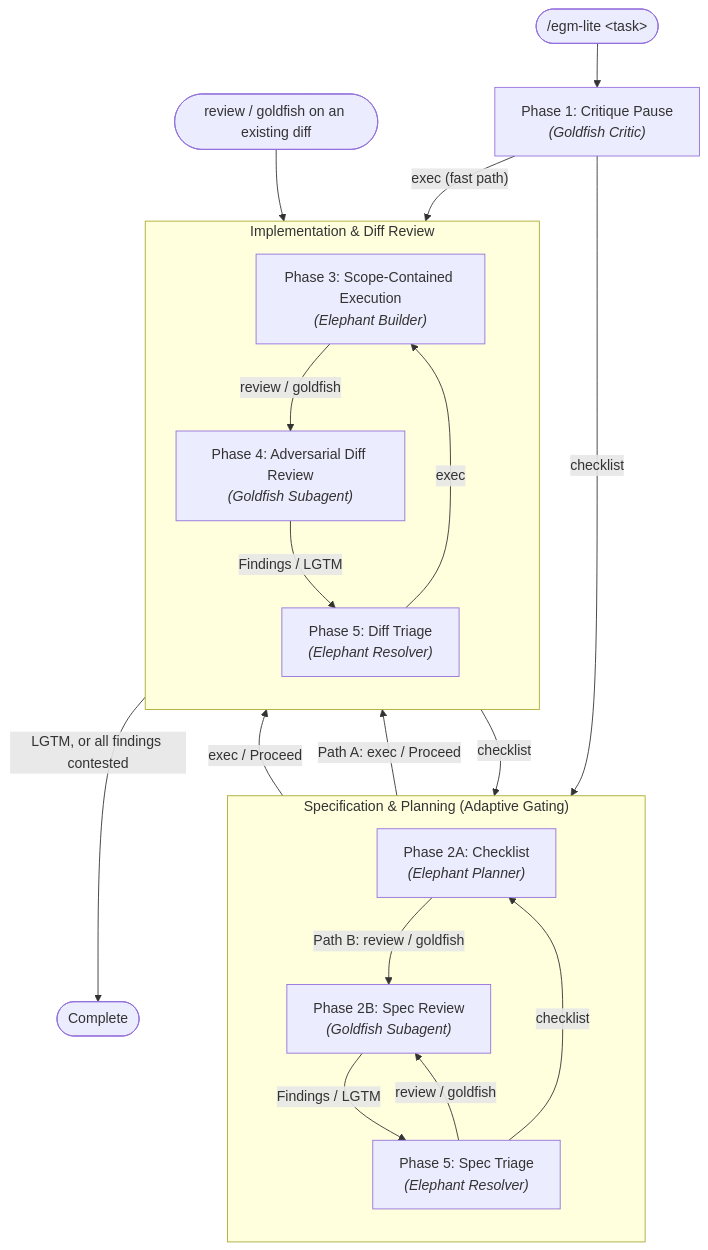
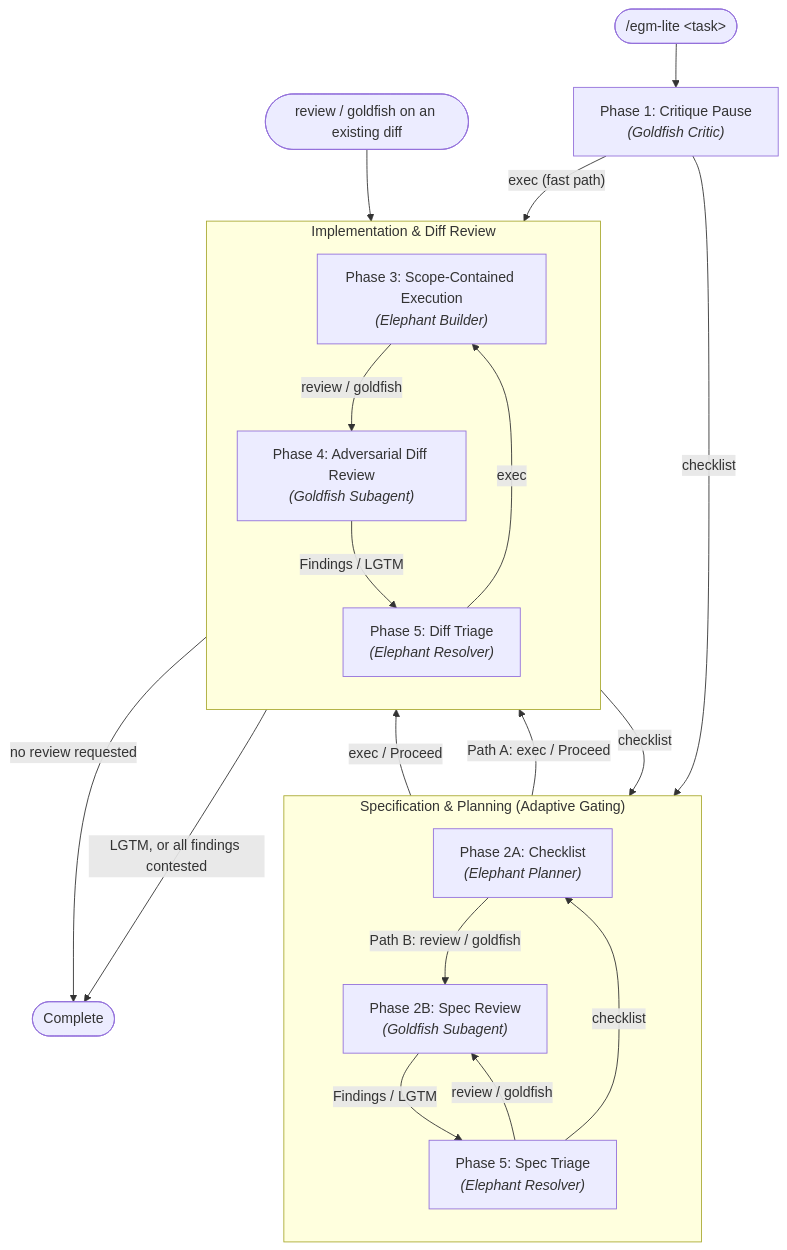
One commit to google/elephant-goldfish-model changed the diagram in docs/designs/lite.md. Above: the diagram before and after it, drawn with Mermaid. The commit also changed other lines of this file, not shown here.

Commit message:
Show that the diff review is optional in the EGM Lite design

````diff
--- a/docs/designs/lite.md
+++ b/docs/designs/lite.md
@@ -62,37 +62,38 @@
 ```mermaid
 flowchart TD
     Start(["/egm-lite &lt;task&gt;"]) --> CritiquePause
     CritiquePause["Phase 1: Critique Pause<br/><i>(Goldfish Critic)</i>"]
 
     CritiquePause -->|"checklist"| ChecklistPhase
     CritiquePause -->|"exec (fast path)"| ExecPhase
 
     subgraph SpecStage ["Specification & Planning (Adaptive Gating)"]
         direction TB
         ChecklistPhase["Phase 2A: Checklist<br/><i>(Elephant Planner)</i>"]
         SpecReview["Phase 2B: Spec Review<br/><i>(Goldfish Subagent)</i>"]
         SpecResolution["Phase 5: Spec Triage<br/><i>(Elephant Resolver)</i>"]
 
         ChecklistPhase -->|"Path B: review / goldfish"| SpecReview
         SpecReview -->|"Findings / LGTM"| SpecResolution
         SpecResolution -->|"checklist"| ChecklistPhase
         SpecResolution -->|"review / goldfish"| SpecReview
     end
 
     subgraph DiffStage ["Implementation & Diff Review"]
         direction TB
         ExecPhase["Phase 3: Scope-Contained Execution<br/><i>(Elephant Builder)</i>"]
         DiffReview["Phase 4: Adversarial Diff Review<br/><i>(Goldfish Subagent)</i>"]
         DiffResolution["Phase 5: Diff Triage<br/><i>(Elephant Resolver)</i>"]
 
         ExecPhase -->|"review / goldfish"| DiffReview
         DiffReview -->|"Findings / LGTM"| DiffResolution
         DiffResolution -->|"exec"| ExecPhase
     end
 
     ChecklistPhase -->|"Path A: exec / Proceed"| ExecPhase
     SpecResolution -->|"exec / Proceed"| ExecPhase
     DiffResolution -->|"checklist"| ChecklistPhase
     DiffResolution -->|"LGTM, or all findings contested"| Done(["Complete"])
+    ExecPhase -->|"no review requested"| Done
     ExistingDiff(["review / goldfish on an existing diff"]) --> DiffReview
 ```
````
